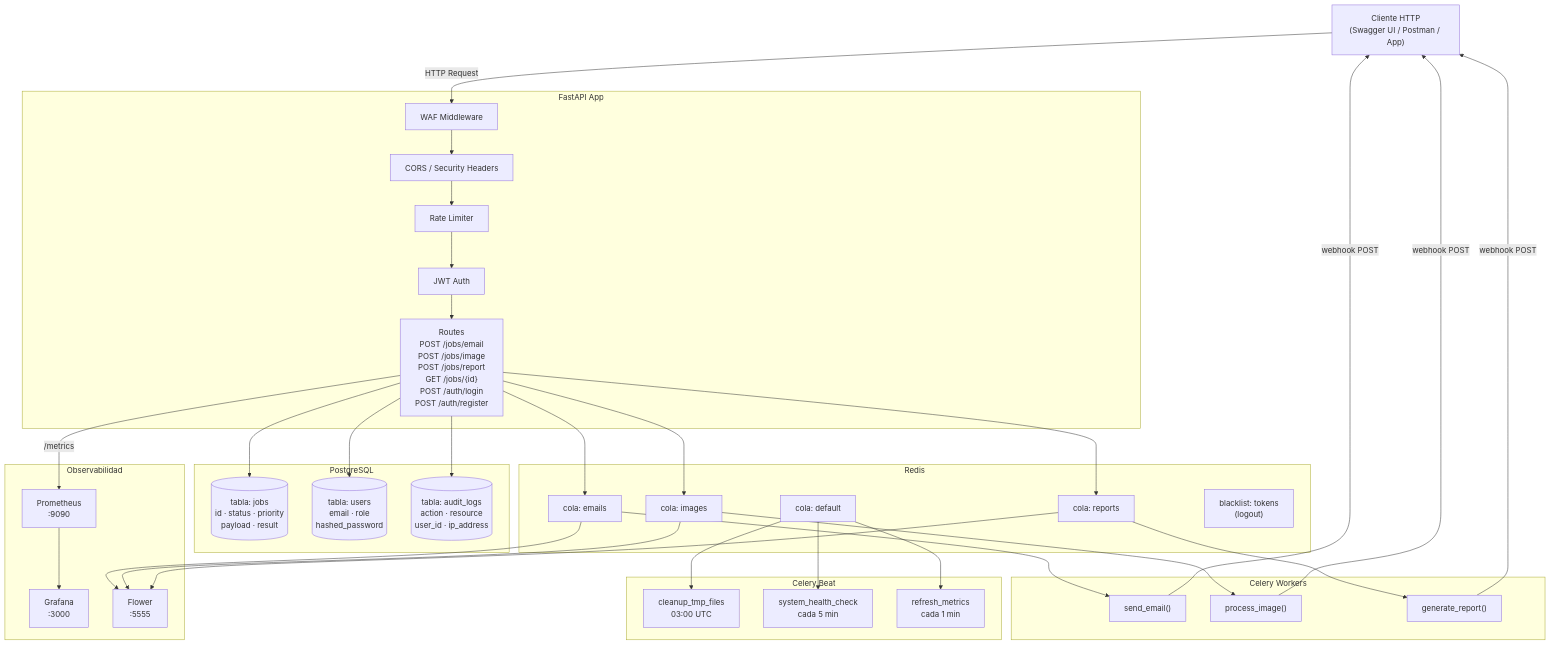
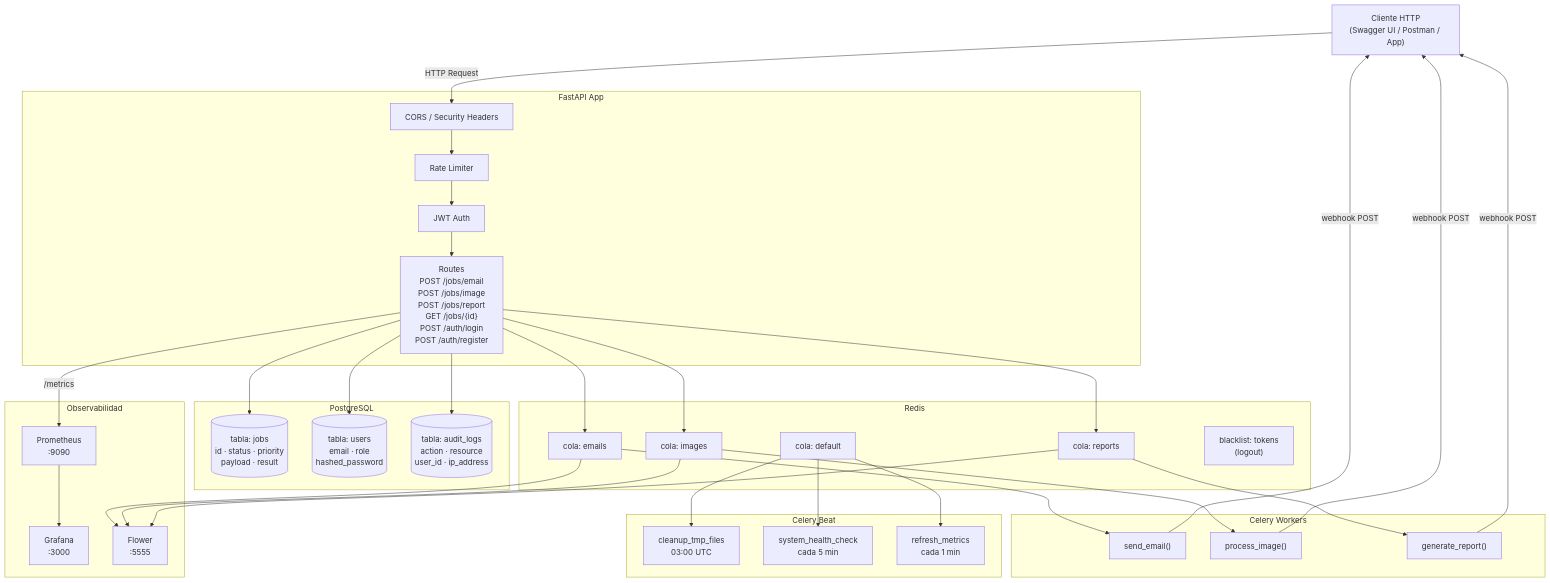
Before and after one commit to ErikLujan/Task-Queue-System: the first of 2 diagrams in README.md, drawn with Mermaid. The commit also changed other lines of this file and 52 other files, not shown here.

````diff
--- a/README.md
+++ b/README.md
@@ -15,59 +15,57 @@
 ```mermaid
 flowchart TD
     Cliente["Cliente HTTP\n(Swagger UI / Postman / App)"]
 
     subgraph API["FastAPI App"]
-        WAF["WAF Middleware"]
         CORS["CORS / Security Headers"]
         RL["Rate Limiter"]
         Auth["JWT Auth"]
         Routes["Routes\nPOST /jobs/email\nPOST /jobs/image\nPOST /jobs/report\nGET /jobs/{id}\nPOST /auth/login\nPOST /auth/register"]
     end
 
     subgraph DB["PostgreSQL"]
         Jobs[("tabla: jobs\nid · status · priority\npayload · result")]
         Users[("tabla: users\nemail · role\nhashed_password")]
         AuditLogs[("tabla: audit_logs\naction · resource\nuser_id · ip_address")]
     end
 
     subgraph Broker["Redis"]
         Q1["cola: emails"]
         Q2["cola: images"]
         Q3["cola: reports"]
         Q4["cola: default"]
         BL["blacklist: tokens\n(logout)"]
     end
 
     subgraph Workers["Celery Workers"]
         W1["send_email()"]
         W2["process_image()"]
         W3["generate_report()"]
     end
 
     subgraph Beat["Celery Beat"]
         B1["cleanup_tmp_files\n03:00 UTC"]
         B2["system_health_check\ncada 5 min"]
         B3["refresh_metrics\ncada 1 min"]
     end
 
     subgraph Obs["Observabilidad"]
         Prom["Prometheus\n:9090"]
         Graf["Grafana\n:3000"]
         Flower["Flower\n:5555"]
     end
 
-    Cliente -->|HTTP Request| WAF
-    WAF --> CORS --> RL --> Auth --> Routes
+    Cliente -->|HTTP Request| CORS --> RL --> Auth --> Routes
     Routes --> Jobs
     Routes --> Users
     Routes --> AuditLogs
     Routes --> Q1 & Q2 & Q3
     Q1 --> W1
     Q2 --> W2
     Q3 --> W3
     Q4 --> B1 & B2 & B3
     W1 & W2 & W3 -->|webhook POST| Cliente
     Routes -->|/metrics| Prom
     Prom --> Graf
     Q1 & Q2 & Q3 --> Flower
 ```
````
